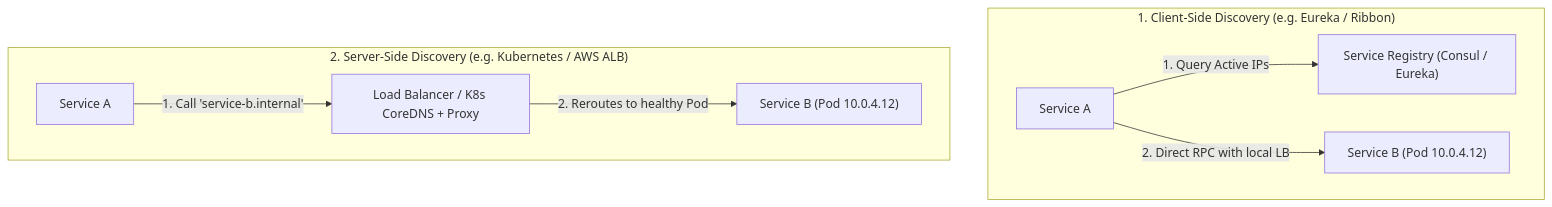
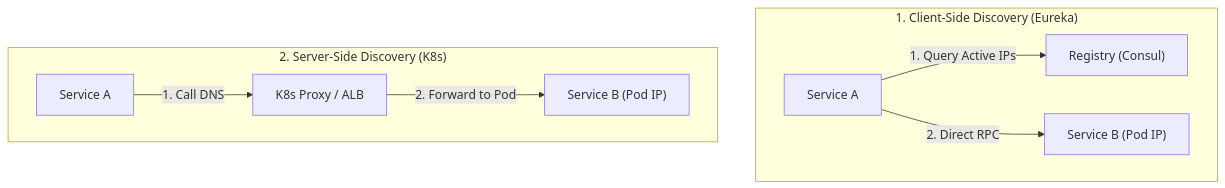
One commit to Sourav108/strivers-lld changed the second of 4 diagrams in strivers-hld/09-Microservices-and-API-Design/README.md. Above: the diagram before and after it, drawn with Mermaid. The commit also changed other lines of this file and 39 other files, not shown here.

Commit message:
fix(mermaid): wrap node labels, simplify diamonds, and reformat wide diagrams for perfect GitHub rendering

````diff
--- a/strivers-hld/09-Microservices-and-API-Design/README.md
+++ b/strivers-hld/09-Microservices-and-API-Design/README.md
@@ -35,12 +39,12 @@
 ```mermaid
 flowchart TD
-    subgraph ClientSideDiscovery["1. Client-Side Discovery (e.g. Eureka / Ribbon)"]
-        C_Client["Service A"] -->|1. Query Active IPs| C_Registry["Service Registry (Consul / Eureka)"]
-        C_Client -->|2. Direct RPC with local LB| C_Target["Service B (Pod 10.0.4.12)"]
+    subgraph ClientSideDiscovery["1. Client-Side Discovery (Eureka)"]
+        C_Client["Service A"] -->|1. Query Active IPs| C_Registry["Registry (Consul)"]
+        C_Client -->|2. Direct RPC| C_Target["Service B (Pod IP)"]
     end
 
-    subgraph ServerSideDiscovery["2. Server-Side Discovery (e.g. Kubernetes / AWS ALB)"]
-        S_Client["Service A"] -->|1. Call 'service-b.internal'| S_LB["Load Balancer / K8s CoreDNS + Proxy"]
-        S_LB -->|2. Reroutes to healthy Pod| S_Target["Service B (Pod 10.0.4.12)"]
+    subgraph ServerSideDiscovery["2. Server-Side Discovery (K8s)"]
+        S_Client["Service A"] -->|1. Call DNS| S_LB["K8s Proxy / ALB"]
+        S_LB -->|2. Forward to Pod| S_Target["Service B (Pod IP)"]
     end
 ```
````
